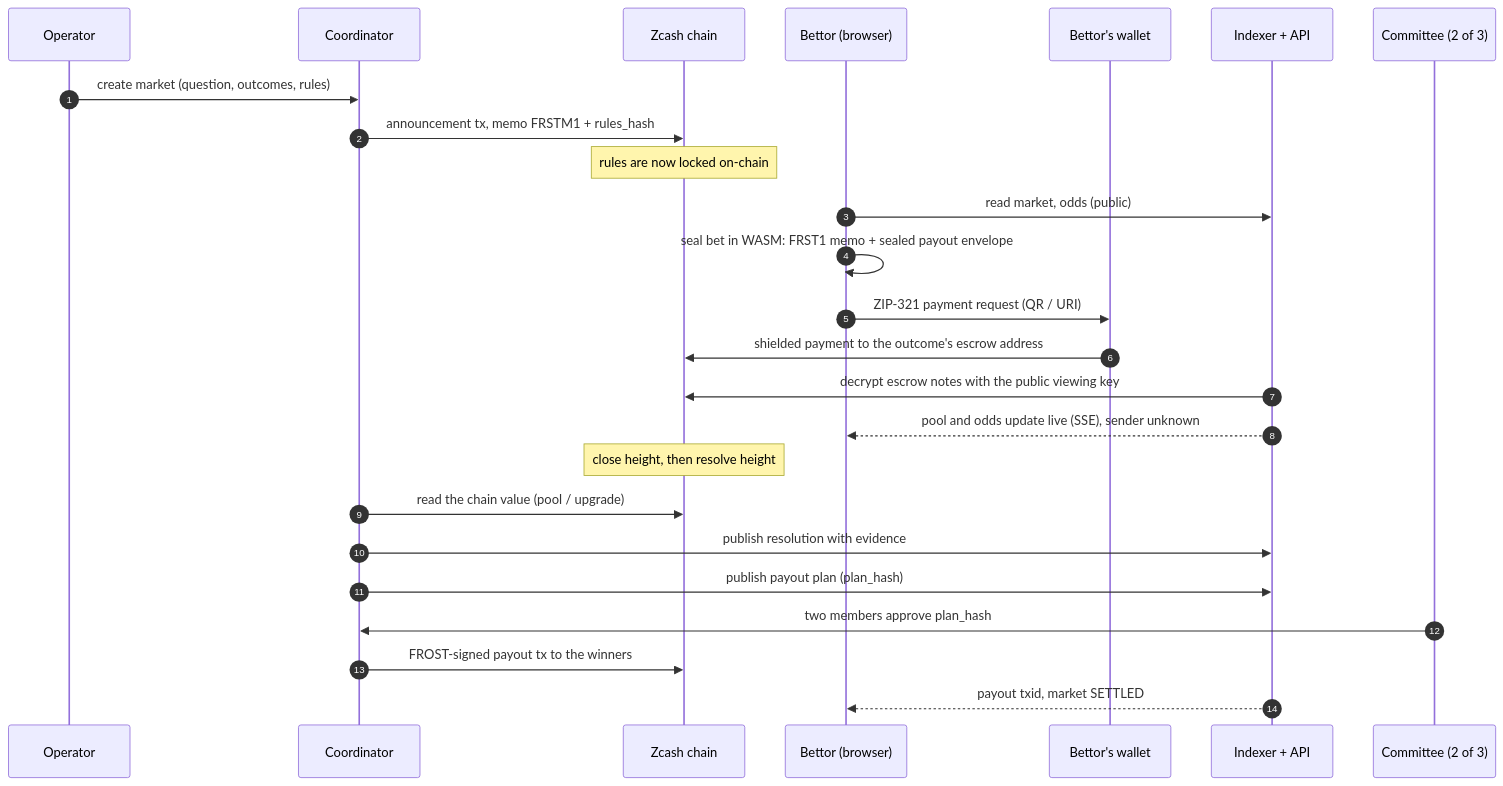
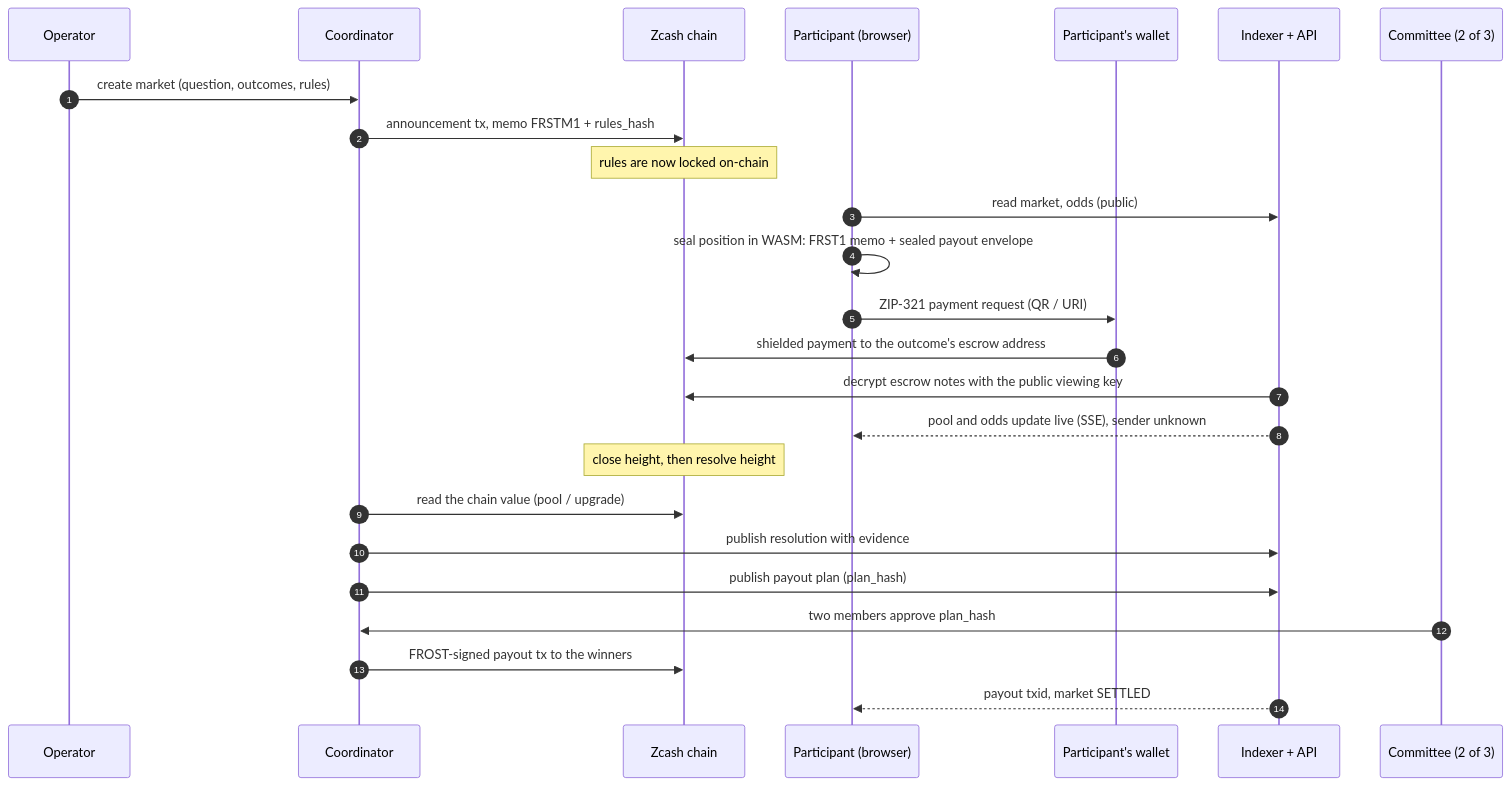
One commit to jonathanmaul/frosted changed the second of 3 diagrams in README.md. Above: the diagram before and after it, drawn with Mermaid. The commit also changed other lines of this file, not shown here.

````diff
--- a/README.md
+++ b/README.md
@@ -96,28 +97,28 @@
 ```mermaid
 sequenceDiagram
   autonumber
   participant O as Operator
   participant C as Coordinator
   participant Z as Zcash chain
-  participant B as Bettor (browser)
-  participant WL as Bettor's wallet
+  participant B as Participant (browser)
+  participant WL as Participant's wallet
   participant I as Indexer + API
   participant K as Committee (2 of 3)
 
   O->>C: create market (question, outcomes, rules)
   C->>Z: announcement tx, memo FRSTM1 + rules_hash
   Note over Z: rules are now locked on-chain
   B->>I: read market, odds (public)
-  B->>B: seal bet in WASM: FRST1 memo + sealed payout envelope
+  B->>B: seal position in WASM: FRST1 memo + sealed payout envelope
   B->>WL: ZIP-321 payment request (QR / URI)
   WL->>Z: shielded payment to the outcome's escrow address
   I->>Z: decrypt escrow notes with the public viewing key
   I-->>B: pool and odds update live (SSE), sender unknown
   Note over Z: close height, then resolve height
   C->>Z: read the chain value (pool / upgrade)
   C->>I: publish resolution with evidence
   C->>I: publish payout plan (plan_hash)
   K->>C: two members approve plan_hash
   C->>Z: FROST-signed payout tx to the winners
   I-->>B: payout txid, market SETTLED
 ```
````
